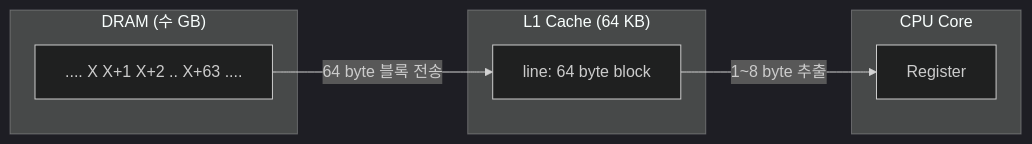
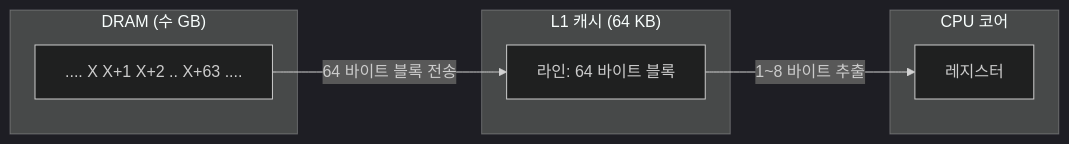
One commit to Jungle-12-303/wk07_6 changed the first of 2 diagrams in docs/blog/concepts/02-cache-line-and-locality.md. Above: the diagram before and after it, drawn with Mermaid (dark theme). The commit also changed other lines of this file and 26 other files, not shown here.

First line of the commit message:
docs: 블로그 소제목·Mermaid·ASCII 박스 가독성 정비

````diff
--- a/docs/blog/concepts/02-cache-line-and-locality.md
+++ b/docs/blog/concepts/02-cache-line-and-locality.md
@@ -15,14 +15,14 @@
 ```mermaid
 flowchart LR
     subgraph DRAM["DRAM (수 GB)"]
         D[".... X X+1 X+2 .. X+63 ...."]
     end
-    subgraph L1["L1 Cache (64 KB)"]
-        L["line: 64 byte block"]
+    subgraph L1["L1 캐시 (64 KB)"]
+        L["라인: 64 바이트 블록"]
     end
-    subgraph CPU["CPU Core"]
-        R[Register]
+    subgraph CPU["CPU 코어"]
+        R["레지스터"]
     end
-    D -- "64 byte 블록 전송" --> L
-    L -- "1~8 byte 추출" --> R
+    D -- "64 바이트 블록 전송" --> L
+    L -- "1~8 바이트 추출" --> R
 ```
````
